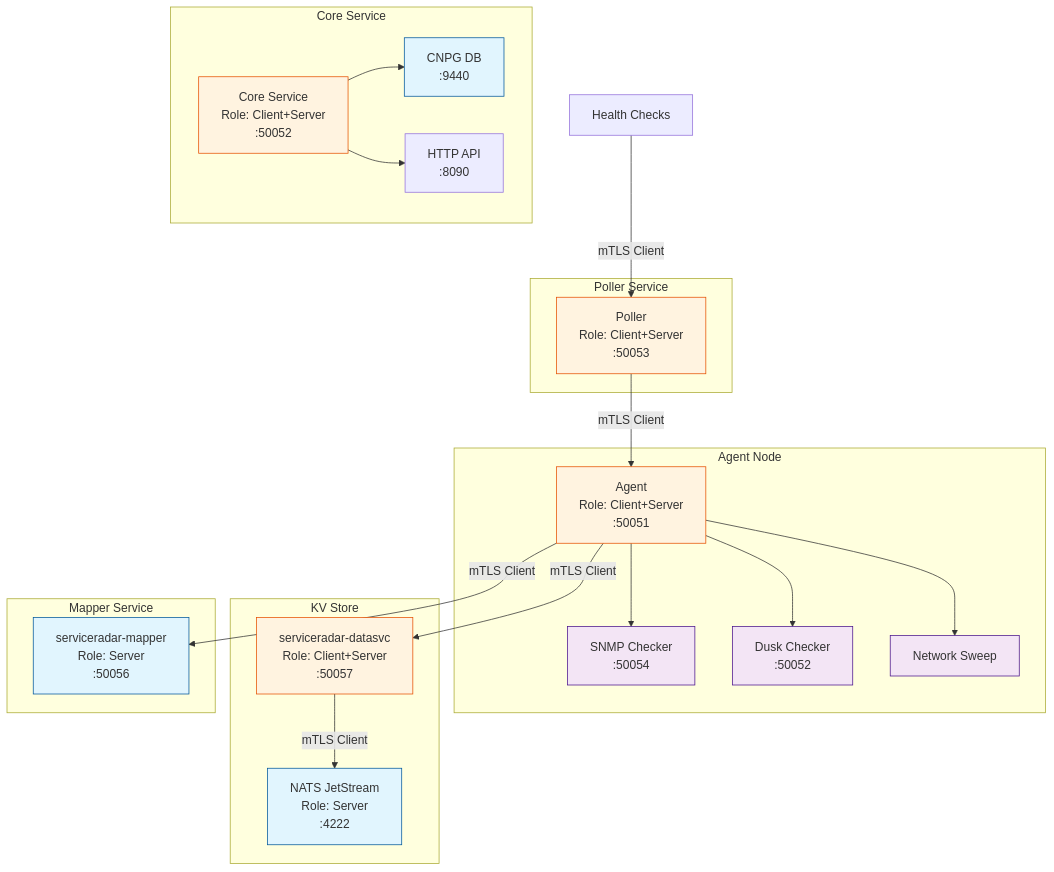
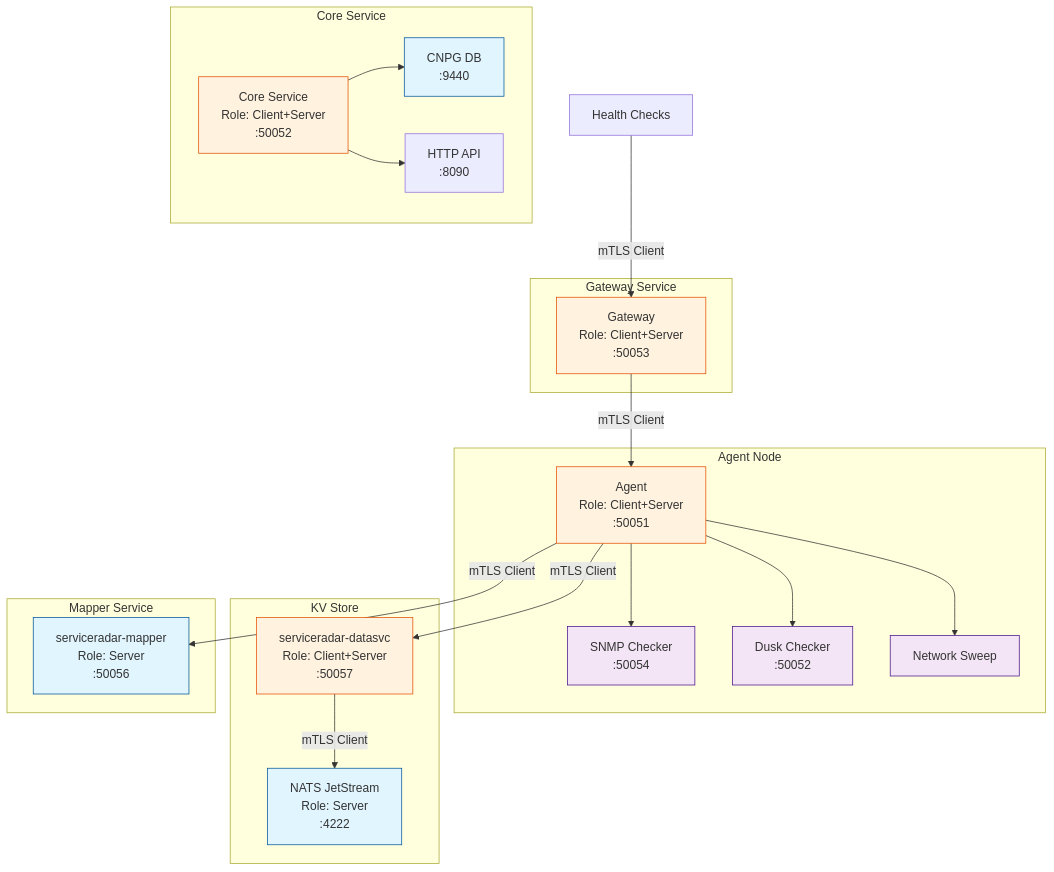
The diagram in docs/docs/tls-security.md (carverauto/serviceradar), drawn with Mermaid before and after one commit. The commit also changed other lines of this file and 118 other files, not shown here.

````diff
--- a/docs/docs/tls-security.md
+++ b/docs/docs/tls-security.md
@@ -14,52 +14,52 @@
 ```mermaid
 graph TB
     subgraph "Agent Node"
         AG[Agent<br/>Role: Client+Server<br/>:50051]
         SNMPCheck[SNMP Checker<br/>:50054]
         DuskCheck[Dusk Checker<br/>:50052]
         SweepCheck[Network Sweep]
         AG --> SNMPCheck
         AG --> DuskCheck
         AG --> SweepCheck
     end
 
-    subgraph "Poller Service"
-        PL[Poller<br/>Role: Client+Server<br/>:50053]
+    subgraph "Gateway Service"
+        PL[Gateway<br/>Role: Client+Server<br/>:50053]
     end
 
     subgraph "Core Service"
         CL[Core Service<br/>Role: Client+Server<br/>:50052]
         DB[CNPG DB<br/>:9440]
         API[HTTP API<br/>:8090]
         CL --> DB
         CL --> API
     end
 
     subgraph "KV Store"
         KV[serviceradar-datasvc<br/>Role: Client+Server<br/>:50057]
         NATS[NATS JetStream<br/>Role: Server<br/>:4222]
         KV -->|mTLS Client| NATS
         AG -->|mTLS Client| KV
     end
 
     subgraph "Mapper Service"
         MAP[serviceradar-mapper<br/>Role: Server<br/>:50056]
     end
 
-%% Client connections from Poller to Agent
+%% Client connections from Gateway to Agent
     PL -->|mTLS Client| AG
 
-%% Server connections to Poller
+%% Server connections to Gateway
     HC1[Health Checks] -->|mTLS Client| PL
 
 %% Client connections from Agent to Mapper
     AG -->|mTLS Client| MAP
 
     classDef server fill:#e1f5fe,stroke:#01579b
     classDef client fill:#f3e5f5,stroke:#4a148c
     classDef dual fill:#fff3e0,stroke:#e65100
 
     class NATS,DB,MAP server
     class AG,PL,CL,KV dual
     class SNMPCheck,DuskCheck,SweepCheck client
 ```
````
